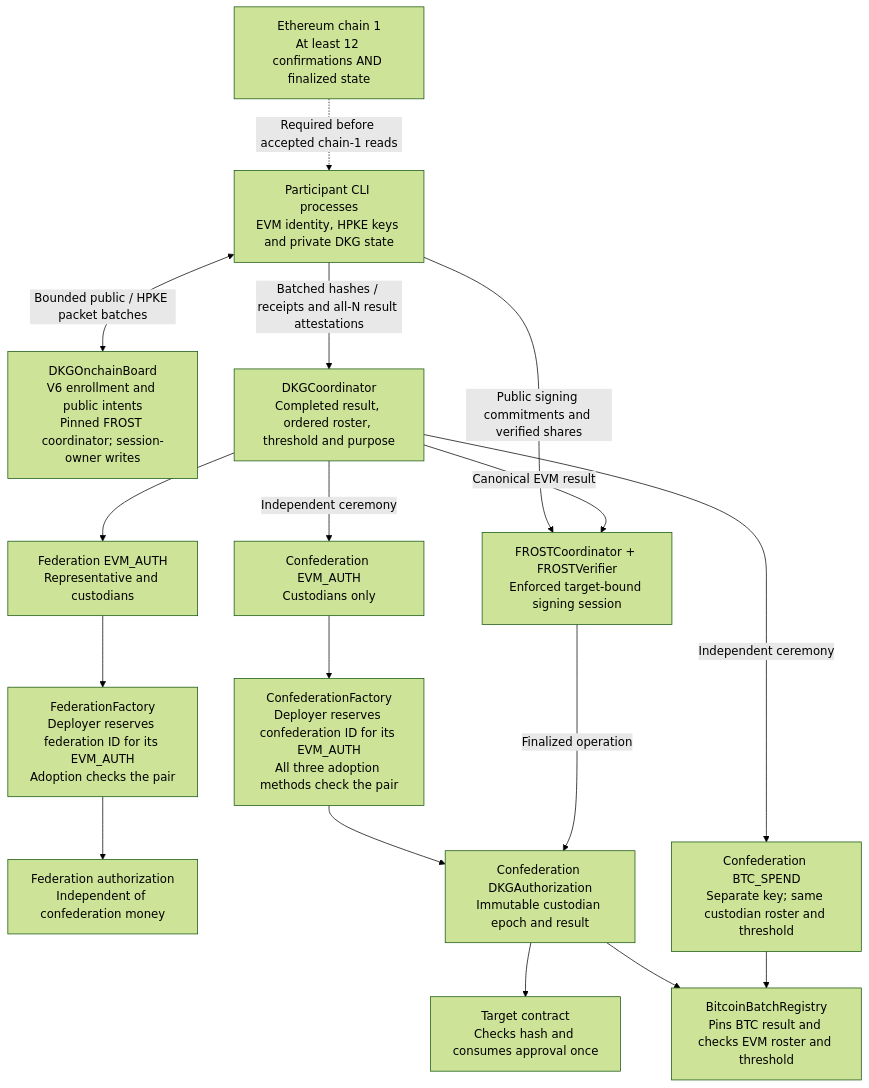
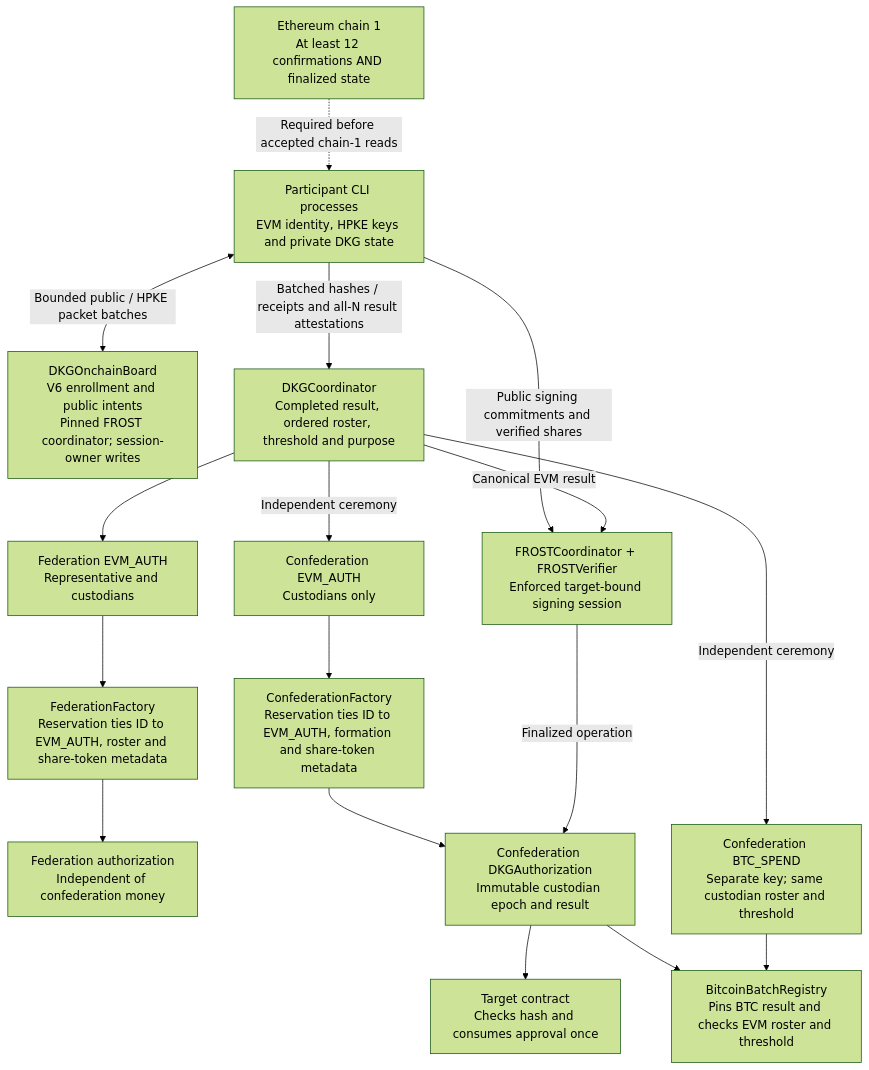
Before and after one commit to SergeyBelets/SatFiSetup: the first of 8 diagrams in docs/ARCHITECTURE.md, drawn with Mermaid (forest theme). The commit also changed other lines of this file and 364 other files, not shown here.

````diff
--- a/docs/ARCHITECTURE.md
+++ b/docs/ARCHITECTURE.md
@@ -78,33 +80,33 @@
 ```mermaid
 flowchart TD
   accTitle: SatoshiFi architecture 1
   accDescr: Implemented component relationships; network and authorization boundaries remain explicit.
   P["Participant CLI processes<br/>EVM identity, HPKE keys and private DKG state"]
   B["DKGOnchainBoard<br/>V6 enrollment and public intents<br/>Pinned FROST coordinator; session-owner writes"]
   FIN["Ethereum chain 1<br/>At least 12 confirmations AND finalized state"]
   R["DKGCoordinator<br/>Completed result, ordered roster, threshold and purpose"]
   FE["Federation EVM_AUTH<br/>Representative and custodians"]
-  FF["FederationFactory<br/>Deployer reserves federation ID for its EVM_AUTH<br/>Adoption checks the pair"]
+  FF["FederationFactory<br/>Reservation ties ID to EVM_AUTH, roster and share-token metadata"]
   FA["Federation authorization<br/>Independent of confederation money"]
   E["Confederation EVM_AUTH<br/>Custodians only"]
-  CF["ConfederationFactory<br/>Deployer reserves confederation ID for its EVM_AUTH<br/>All three adoption methods check the pair"]
+  CF["ConfederationFactory<br/>Reservation ties ID to EVM_AUTH, formation and share-token metadata"]
   W["Confederation BTC_SPEND<br/>Separate key; same custodian roster and threshold"]
   A["Confederation DKGAuthorization<br/>Immutable custodian epoch and result"]
   C["FROSTCoordinator + FROSTVerifier<br/>Enforced target-bound signing session"]
   T["Target contract<br/>Checks hash and consumes approval once"]
   Q["BitcoinBatchRegistry<br/>Pins BTC result and checks EVM roster and threshold"]
   FIN -.->|"Required before accepted chain-1 reads"| P
   P <-->|"Bounded public / HPKE packet batches"| B
   P -->|"Batched hashes / receipts and all-N result attestations"| R
   R --> FE
   FE --> FF --> FA
   R -->|"Independent ceremony"| E
   R -->|"Independent ceremony"| W
   E --> CF --> A
   P -->|"Public signing commitments and verified shares"| C
   R -->|"Canonical EVM result"| C
   C -->|"Finalized operation"| A
   A --> T
   A --> Q
   W --> Q
 ```
````
